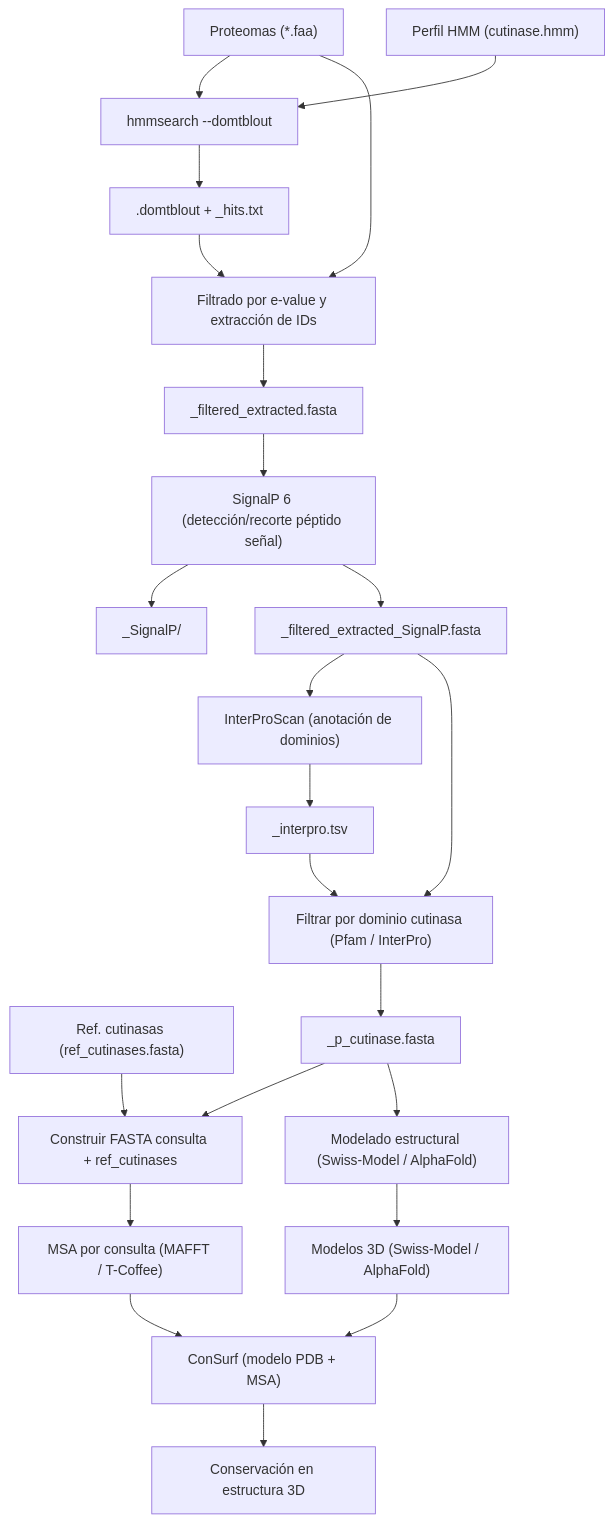
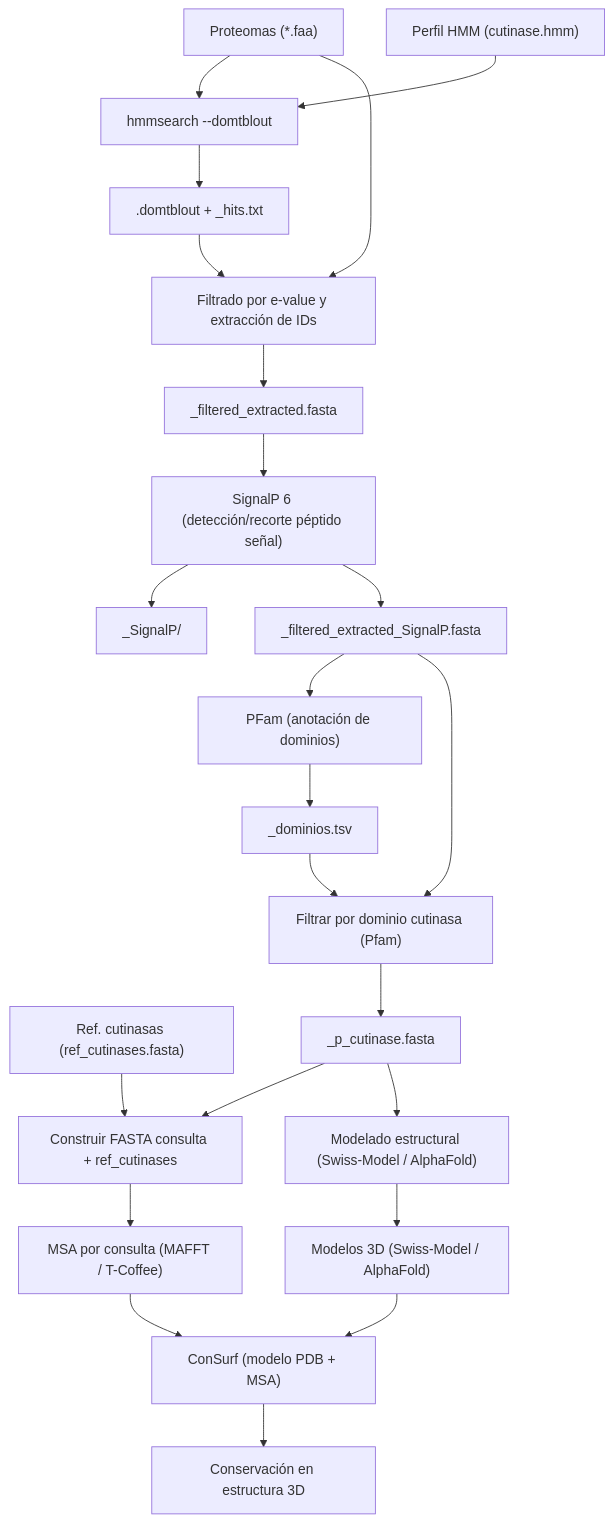
The diagram in README.md (margarethc/Proyecto_Gen_Evo), drawn with Mermaid before and after one commit. The commit also changed other lines of this file, not shown here.

First line of the commit message:
Replace InterProScan with PFam in README

````diff
--- a/README.md
+++ b/README.md
@@ -8,48 +8,48 @@
 ```mermaid
 flowchart TD
 
     %% Entradas
     A["Proteomas (*.faa)"]
     B["Perfil HMM (cutinase.hmm)"]
     C["Ref. cutinasas (ref_cutinases.fasta)"]
     D["Modelos 3D (Swiss-Model / AlphaFold)"]
 
     %% Paso 1: HMMER
     A --> E["hmmsearch --domtblout"]
     B --> E
     E --> F["<sample>.domtblout + <sample>_hits.txt"]
 
     %% Paso 2: Filtrado por e-value
     F --> G["Filtrado por e-value y extracción de IDs"]
     A --> G
     G --> H["<sample>_filtered_extracted.fasta"]
 
     %% Paso 3: SignalP 6
     H --> I["SignalP 6 (detección/recorte péptido señal)"]
     I --> J["<sample>_SignalP/"]
     I --> K["<sample>_filtered_extracted_SignalP.fasta"]
 
-    %% Paso 4: InterProScan
-    K --> L["InterProScan (anotación de dominios)"]
-    L --> M["<sample>_interpro.tsv"]
+    %% Paso 4: PFam
+    K --> L["PFam (anotación de dominios)"]
+    L --> M["<sample>_dominios.tsv"]
 
     %% Paso 5: Filtrado por dominio cutinasa
-    M --> N["Filtrar por dominio cutinasa (Pfam / InterPro)"]
+    M --> N["Filtrar por dominio cutinasa (Pfam)"]
     K --> N
     N --> O["<sample>_p_cutinase.fasta"]
 
     %% Paso 6: MSAs por consulta
     O --> P["Construir FASTA consulta + ref_cutinases"]
     C --> P
     P --> Q["MSA por consulta (MAFFT / T-Coffee)"]
 
     %% Paso 7: Modelado estructural (web)
     O --> R["Modelado estructural (Swiss-Model / AlphaFold)"]
     R --> D
 
-    %% Paso 8: ConSurf
+    %% Paso 8: ConSurf (Web / Google Collab)
     Q --> S["ConSurf (modelo PDB + MSA)"]
     D --> S
     S --> T["Conservación en estructura 3D"]
 
 ```
````
